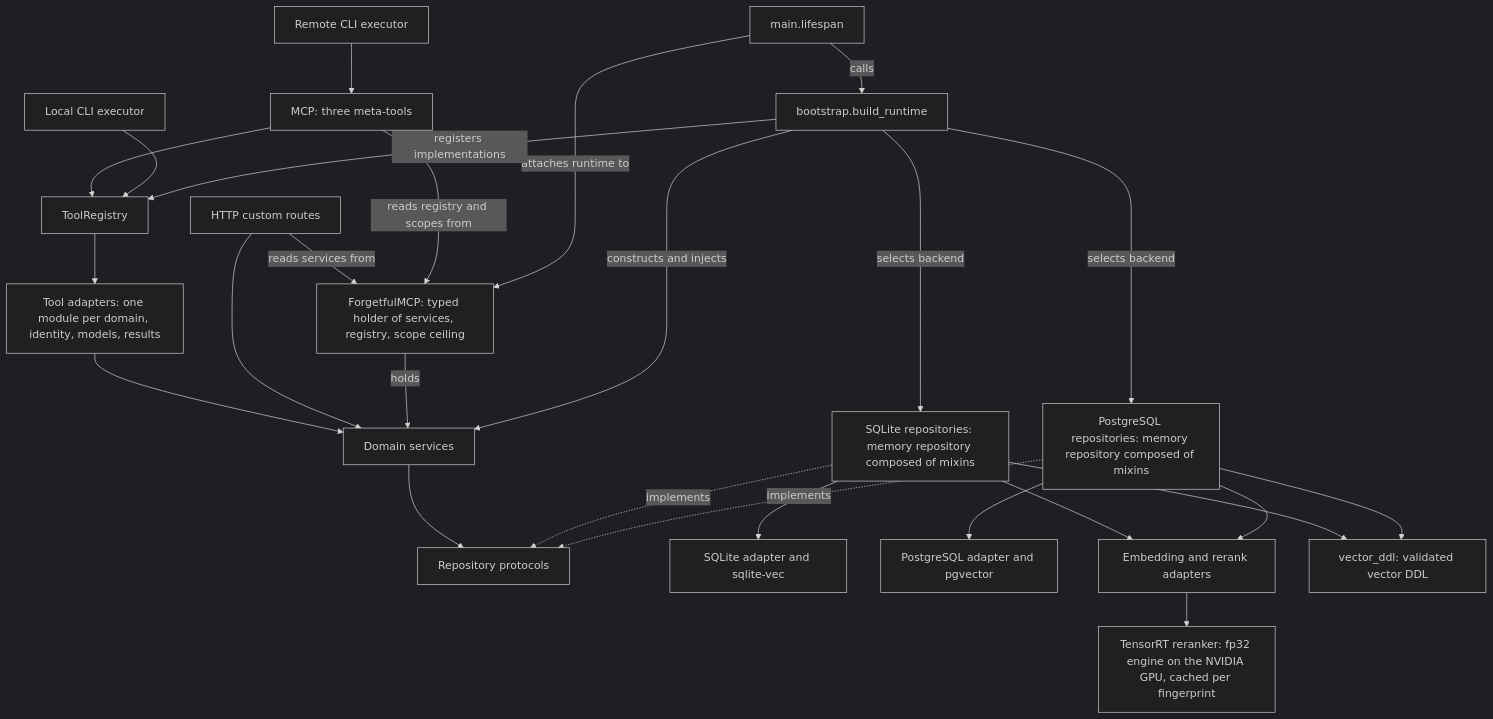
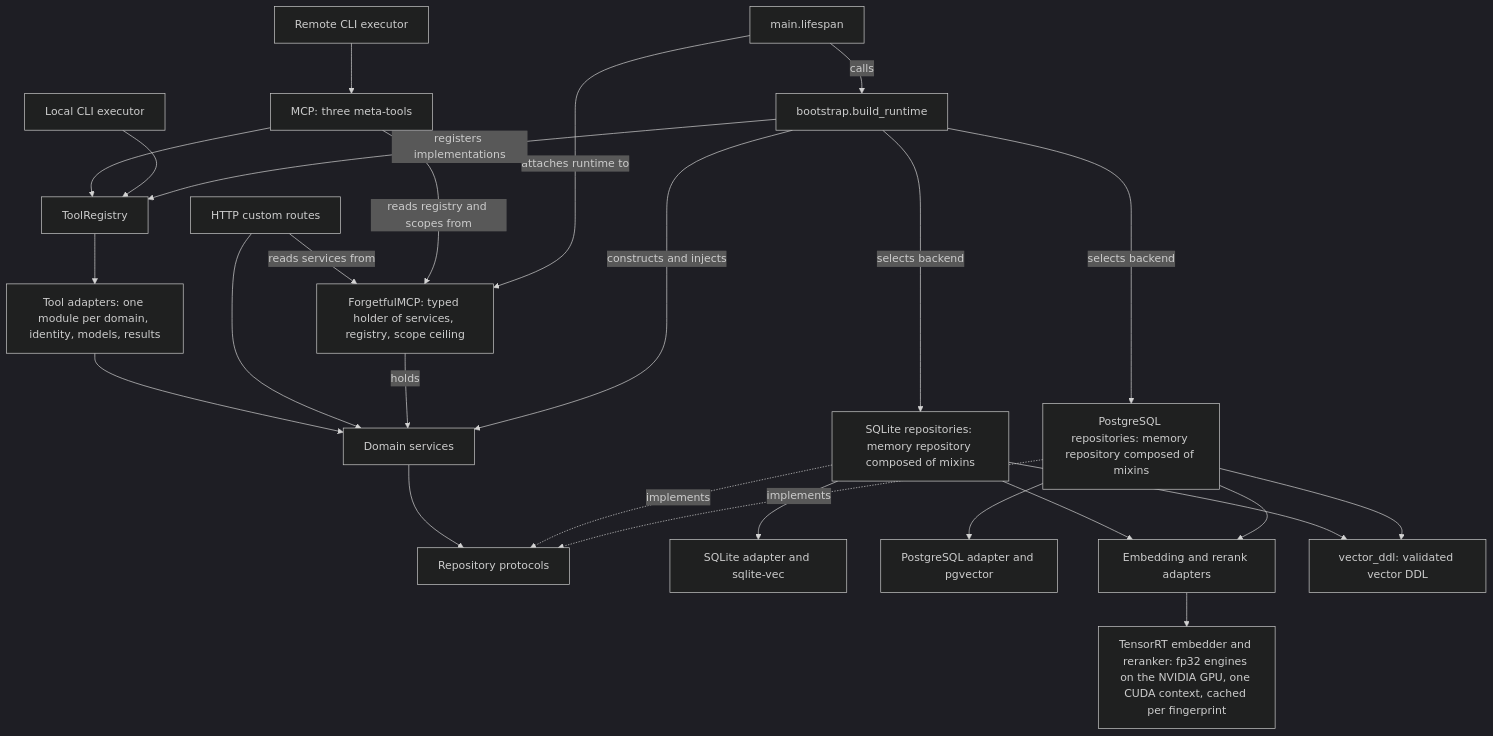
The diagram in architecture.md (Axiumine/axmem), drawn with Mermaid (dark theme) before and after one commit. The commit also changed other lines of this file and 51 other files, not shown here.

````diff
--- a/architecture.md
+++ b/architecture.md
@@ -25,29 +25,29 @@
 ```mermaid
 flowchart TD
     MCP["MCP: three meta-tools"] --> Registry["ToolRegistry"]
     Local["Local CLI executor"] --> Registry
     Remote["Remote CLI executor"] --> MCP
     Registry --> ToolAdapters["Tool adapters: one module per domain, identity, models, results"]
     ToolAdapters --> Services["Domain services"]
     HTTP["HTTP custom routes"] --> Services
     Server["ForgetfulMCP: typed holder of services, registry, scope ceiling"]
     HTTP -->|reads services from| Server
     MCP -->|reads registry and scopes from| Server
     Server -->|holds| Services
     Services --> Contracts["Repository protocols"]
     SQLite["SQLite repositories: memory repository composed of mixins"] -. implements .-> Contracts
     Postgres["PostgreSQL repositories: memory repository composed of mixins"] -. implements .-> Contracts
     SQLite --> SQLiteDB["SQLite adapter and sqlite-vec"]
     Postgres --> PostgresDB["PostgreSQL adapter and pgvector"]
     SQLite --> Providers["Embedding and rerank adapters"]
     Postgres --> Providers
-    Providers --> TensorRT["TensorRT reranker: fp32 engine on the NVIDIA GPU, cached per fingerprint"]
+    Providers --> TensorRT["TensorRT embedder and reranker: fp32 engines on the NVIDIA GPU, one CUDA context, cached per fingerprint"]
     SQLite --> VectorDDL["vector_ddl: validated vector DDL"]
     Postgres --> VectorDDL
     Lifespan["main.lifespan"] -->|calls| Bootstrap["bootstrap.build_runtime"]
     Lifespan -->|attaches runtime to| Server
     Bootstrap -->|constructs and injects| Services
     Bootstrap -->|registers implementations| Registry
     Bootstrap -->|selects backend| SQLite
     Bootstrap -->|selects backend| Postgres
 ```
````
